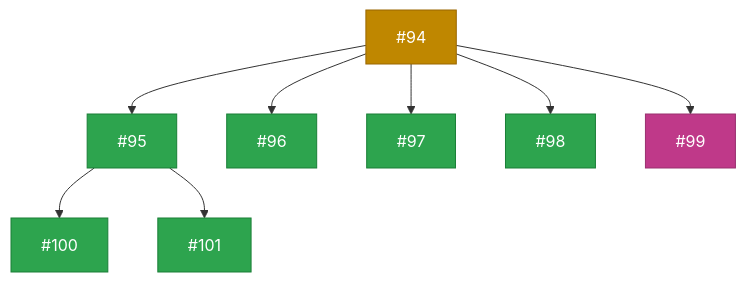
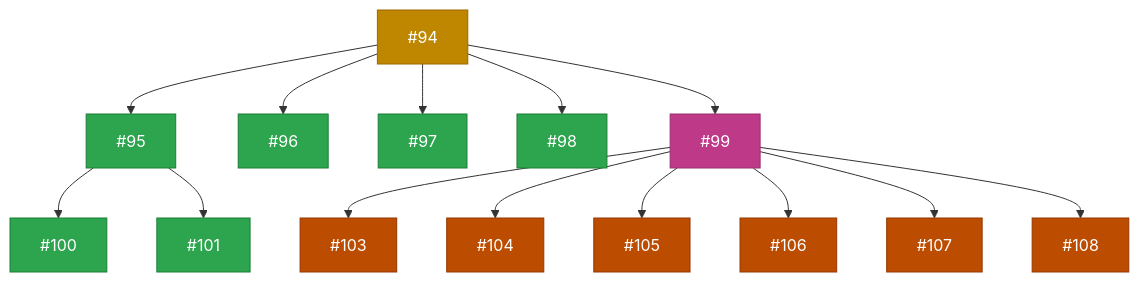
The ninth of 9 diagrams in README.md (zappfish/zapp-requirements-tracker), drawn with Mermaid before and after one commit.

Commit message:
Add missing #99 sub-issues to Governance WBS diagram (#119)

````diff
--- a/README.md
+++ b/README.md
@@ -442,31 +442,45 @@
 ```mermaid
 graph TD
     R7["#94"]:::inprogress
 
     R7A["#95"]:::backlog
     R7B["#96"]:::backlog
     R7C["#97"]:::backlog
     R7D["#98"]:::backlog
     R7E["#99"]:::stable
     R7 --> R7A & R7B & R7C & R7D & R7E
 
     R7A1["#100"]:::backlog
     R7A2["#101"]:::backlog
     R7A --> R7A1 & R7A2
 
+    R7E1["#103"]:::done
+    R7E2["#104"]:::done
+    R7E3["#105"]:::done
+    R7E4["#106"]:::done
+    R7E5["#107"]:::done
+    R7E6["#108"]:::done
+    R7E --> R7E1 & R7E2 & R7E3 & R7E4 & R7E5 & R7E6
+
     click R7 href "https://github.com/zappfish/zapp-requirements-tracker/issues/94" _blank
     click R7A href "https://github.com/zappfish/zapp-requirements-tracker/issues/95" _blank
     click R7B href "https://github.com/zappfish/zapp-requirements-tracker/issues/96" _blank
     click R7C href "https://github.com/zappfish/zapp-requirements-tracker/issues/97" _blank
     click R7D href "https://github.com/zappfish/zapp-requirements-tracker/issues/98" _blank
     click R7E href "https://github.com/zappfish/zapp-requirements-tracker/issues/99" _blank
     click R7A1 href "https://github.com/zappfish/zapp-requirements-tracker/issues/100" _blank
     click R7A2 href "https://github.com/zappfish/zapp-requirements-tracker/issues/101" _blank
+    click R7E1 href "https://github.com/zappfish/zapp-requirements-tracker/issues/103" _blank
+    click R7E2 href "https://github.com/zappfish/zapp-requirements-tracker/issues/104" _blank
+    click R7E3 href "https://github.com/zappfish/zapp-requirements-tracker/issues/105" _blank
+    click R7E4 href "https://github.com/zappfish/zapp-requirements-tracker/issues/106" _blank
+    click R7E5 href "https://github.com/zappfish/zapp-requirements-tracker/issues/107" _blank
+    click R7E6 href "https://github.com/zappfish/zapp-requirements-tracker/issues/108" _blank
 
     classDef backlog fill:#2da44e,stroke:#1a7f37,color:#fff
     classDef upnext fill:#0969da,stroke:#0550ae,color:#fff
     classDef inprogress fill:#bf8700,stroke:#9a6700,color:#fff
     classDef inreview fill:#8250df,stroke:#6639ba,color:#fff
     classDef stable fill:#bf3989,stroke:#99306f,color:#fff
     classDef done fill:#bc4c00,stroke:#953800,color:#fff
 ```
````
